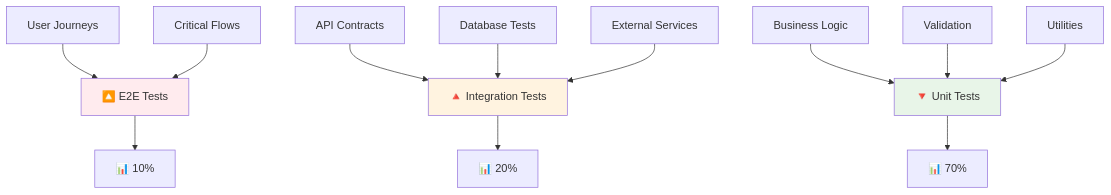
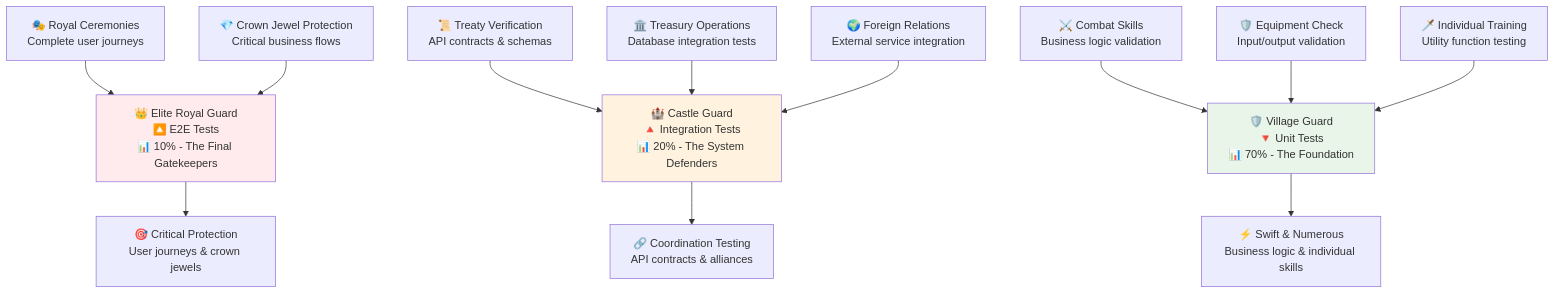
Before and after one commit to ridwanspace/restful-fastapi-guideline: the third of 4 diagrams in app/docs/03_intermediate/08-best-practices/page.mdx, drawn with Mermaid. The commit also changed other lines of this file, not shown here.

First line of the commit message:
Docs: Revamp best practices guide for enterprise FastAPI

````diff
--- a/app/docs/03_intermediate/08-best-practices/page.mdx
+++ b/app/docs/03_intermediate/08-best-practices/page.mdx
@@ -158,21 +1261,21 @@
 ```mermaid
 graph TD
-    A[🔼 E2E Tests] --> B[📊 10%]
-    C[🔺 Integration Tests] --> D[📊 20%]
-    E[🔻 Unit Tests] --> F[📊 70%]
+    A[👑 Elite Royal Guard<br/>🔼 E2E Tests<br/>📊 10% - The Final Gatekeepers] --> B[🎯 Critical Protection<br/>User journeys & crown jewels]
+    C[🏰 Castle Guard<br/>🔺 Integration Tests<br/>📊 20% - The System Defenders] --> D[🔗 Coordination Testing<br/>API contracts & alliances]
+    E[🛡️ Village Guard<br/>🔻 Unit Tests<br/>📊 70% - The Foundation] --> F[⚡ Swift & Numerous<br/>Business logic & individual skills]
     
-    A1[User Journeys] --> A
-    A2[Critical Flows] --> A
+    A1[🎭 Royal Ceremonies<br/>Complete user journeys] --> A
+    A2[💎 Crown Jewel Protection<br/>Critical business flows] --> A
     
-    C1[API Contracts] --> C
-    C2[Database Tests] --> C
-    C3[External Services] --> C
+    C1[📜 Treaty Verification<br/>API contracts & schemas] --> C
+    C2[🏛️ Treasury Operations<br/>Database integration tests] --> C
+    C3[🌍 Foreign Relations<br/>External service integration] --> C
     
-    E1[Business Logic] --> E
-    E2[Validation] --> E
-    E3[Utilities] --> E
+    E1[⚔️ Combat Skills<br/>Business logic validation] --> E
+    E2[🛡️ Equipment Check<br/>Input/output validation] --> E
+    E3[🗡️ Individual Training<br/>Utility function testing] --> E
     
     style A fill:#ffebee
     style C fill:#fff3e0
     style E fill:#e8f5e8
 ```
````
